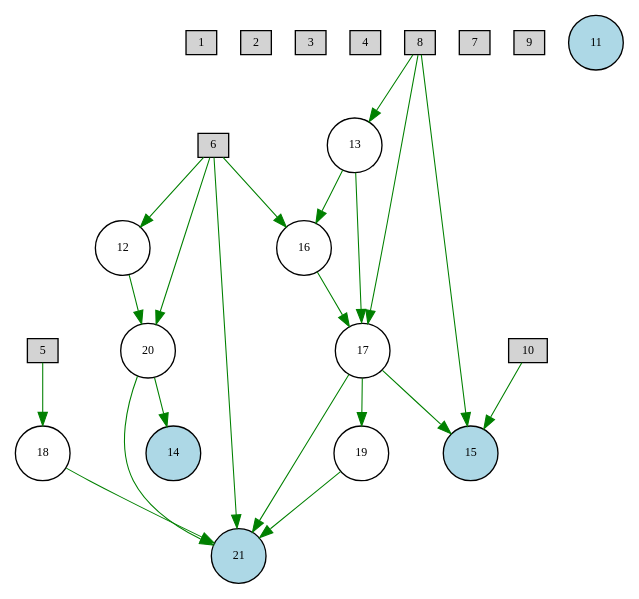
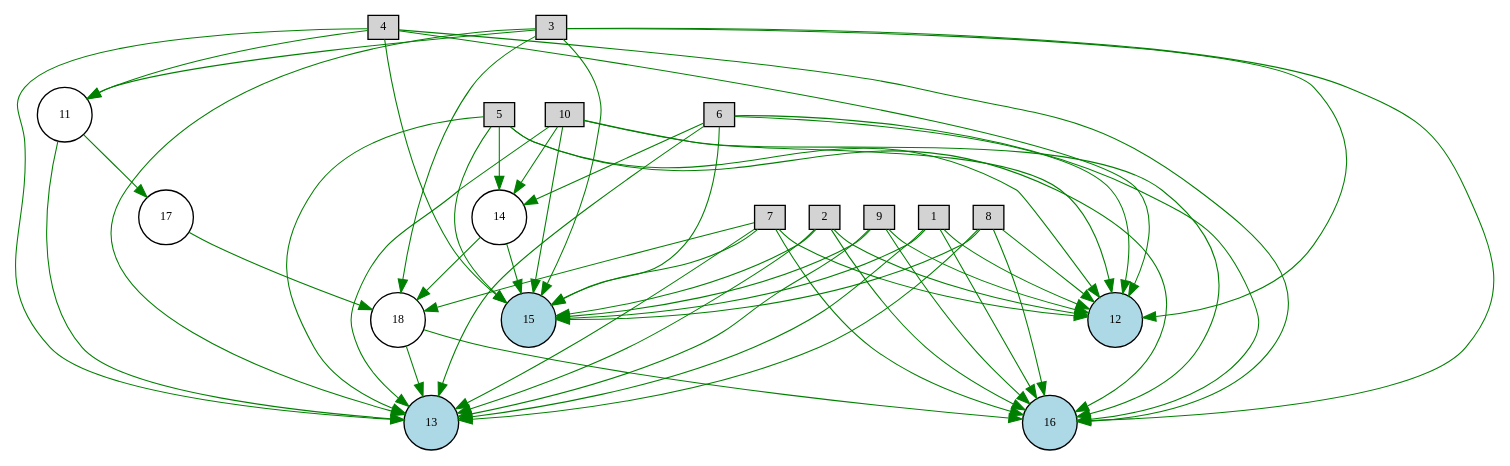
One commit to lodderwin/SNN_thesis changed the diagram in NEAT_CMA_SNN_2D_FLIGHT/Digraph.gv. Above: the diagram before and after it, drawn with Graphviz. The commit also changed 25 other files, not shown here.

```diff
--- a/NEAT_CMA_SNN_2D_FLIGHT/Digraph.gv
+++ b/NEAT_CMA_SNN_2D_FLIGHT/Digraph.gv
@@ -1,44 +1,75 @@
 digraph {
 	node [fontsize=9 height=0.2 shape=circle width=0.2]
 	1 [fillcolor=lightgray shape=box style=filled]
 	2 [fillcolor=lightgray shape=box style=filled]
 	3 [fillcolor=lightgray shape=box style=filled]
 	4 [fillcolor=lightgray shape=box style=filled]
 	5 [fillcolor=lightgray shape=box style=filled]
 	6 [fillcolor=lightgray shape=box style=filled]
 	7 [fillcolor=lightgray shape=box style=filled]
 	8 [fillcolor=lightgray shape=box style=filled]
 	9 [fillcolor=lightgray shape=box style=filled]
 	10 [fillcolor=lightgray shape=box style=filled]
-	11 [fillcolor=lightblue style=filled]
-	21 [fillcolor=lightblue style=filled]
+	16 [fillcolor=lightblue style=filled]
+	12 [fillcolor=lightblue style=filled]
+	13 [fillcolor=lightblue style=filled]
 	15 [fillcolor=lightblue style=filled]
-	14 [fillcolor=lightblue style=filled]
-	12 [fillcolor=white style=filled]
-	13 [fillcolor=white style=filled]
-	16 [fillcolor=white style=filled]
+	11 [fillcolor=white style=filled]
+	14 [fillcolor=white style=filled]
 	17 [fillcolor=white style=filled]
 	18 [fillcolor=white style=filled]
-	19 [fillcolor=white style=filled]
-	20 [fillcolor=white style=filled]
+	1 -> 16 [color=green penwidth=0.8 style=solid]
+	1 -> 12 [color=green penwidth=0.8 style=solid]
+	1 -> 13 [color=green penwidth=0.8 style=solid]
+	1 -> 15 [color=green penwidth=0.8 style=solid]
+	2 -> 16 [color=green penwidth=0.8 style=solid]
+	2 -> 12 [color=green penwidth=0.8 style=solid]
+	2 -> 13 [color=green penwidth=0.8 style=solid]
+	2 -> 15 [color=green penwidth=0.8 style=solid]
+	3 -> 16 [color=green penwidth=0.8 style=solid]
+	3 -> 12 [color=green penwidth=0.8 style=solid]
+	3 -> 13 [color=green penwidth=0.8 style=solid]
+	3 -> 15 [color=green penwidth=0.8 style=solid]
+	4 -> 16 [color=green penwidth=0.8 style=solid]
+	4 -> 12 [color=green penwidth=0.8 style=solid]
+	4 -> 13 [color=green penwidth=0.8 style=solid]
+	4 -> 15 [color=green penwidth=0.8 style=solid]
+	5 -> 16 [color=green penwidth=0.8 style=solid]
+	5 -> 12 [color=green penwidth=0.8 style=solid]
+	5 -> 13 [color=green penwidth=0.8 style=solid]
+	5 -> 15 [color=green penwidth=0.8 style=solid]
+	6 -> 16 [color=green penwidth=0.8 style=solid]
+	6 -> 12 [color=green penwidth=0.8 style=solid]
+	6 -> 13 [color=green penwidth=0.8 style=solid]
+	6 -> 15 [color=green penwidth=0.8 style=solid]
+	7 -> 16 [color=green penwidth=0.8 style=solid]
+	7 -> 12 [color=green penwidth=0.8 style=solid]
+	7 -> 13 [color=green penwidth=0.8 style=solid]
+	7 -> 15 [color=green penwidth=0.8 style=solid]
+	8 -> 16 [color=green penwidth=0.8 style=solid]
+	8 -> 12 [color=green penwidth=0.8 style=solid]
+	8 -> 13 [color=green penwidth=0.8 style=solid]
+	8 -> 15 [color=green penwidth=0.8 style=solid]
+	9 -> 16 [color=green penwidth=0.8 style=solid]
+	9 -> 12 [color=green penwidth=0.8 style=solid]
+	9 -> 13 [color=green penwidth=0.8 style=solid]
+	9 -> 15 [color=green penwidth=0.8 style=solid]
+	10 -> 16 [color=green penwidth=0.8 style=solid]
+	10 -> 12 [color=green penwidth=0.8 style=solid]
+	10 -> 13 [color=green penwidth=0.8 style=solid]
 	10 -> 15 [color=green penwidth=0.8 style=solid]
-	8 -> 15 [color=green penwidth=0.8 style=solid]
-	8 -> 17 [color=green penwidth=0.8 style=solid]
-	17 -> 15 [color=green penwidth=0.8 style=solid]
-	8 -> 13 [color=green penwidth=0.8 style=solid]
-	13 -> 17 [color=green penwidth=0.8 style=solid]
-	13 -> 16 [color=green penwidth=0.8 style=solid]
-	16 -> 17 [color=green penwidth=0.8 style=solid]
-	6 -> 21 [color=green penwidth=0.8 style=solid]
-	6 -> 20 [color=green penwidth=0.8 style=solid]
-	20 -> 21 [color=green penwidth=0.8 style=solid]
-	5 -> 18 [color=green penwidth=0.8 style=solid]
-	18 -> 21 [color=green penwidth=0.8 style=solid]
-	20 -> 14 [color=green penwidth=0.8 style=solid]
-	6 -> 12 [color=green penwidth=0.8 style=solid]
-	12 -> 20 [color=green penwidth=0.8 style=solid]
-	17 -> 21 [color=green penwidth=0.8 style=solid]
-	17 -> 19 [color=green penwidth=0.8 style=solid]
-	19 -> 21 [color=green penwidth=0.8 style=solid]
-	6 -> 16 [color=green penwidth=0.8 style=solid]
+	10 -> 14 [color=green penwidth=0.8 style=solid]
+	14 -> 15 [color=green penwidth=0.8 style=solid]
+	3 -> 18 [color=green penwidth=0.8 style=solid]
+	18 -> 16 [color=green penwidth=0.8 style=solid]
+	3 -> 11 [color=green penwidth=0.8 style=solid]
+	11 -> 13 [color=green penwidth=0.8 style=solid]
+	18 -> 13 [color=green penwidth=0.8 style=solid]
+	14 -> 18 [color=green penwidth=0.8 style=solid]
+	7 -> 18 [color=green penwidth=0.8 style=solid]
+	5 -> 14 [color=green penwidth=0.8 style=solid]
+	4 -> 11 [color=green penwidth=0.8 style=solid]
+	6 -> 14 [color=green penwidth=0.8 style=solid]
+	11 -> 17 [color=green penwidth=0.8 style=solid]
+	17 -> 18 [color=green penwidth=0.8 style=solid]
 }
```
